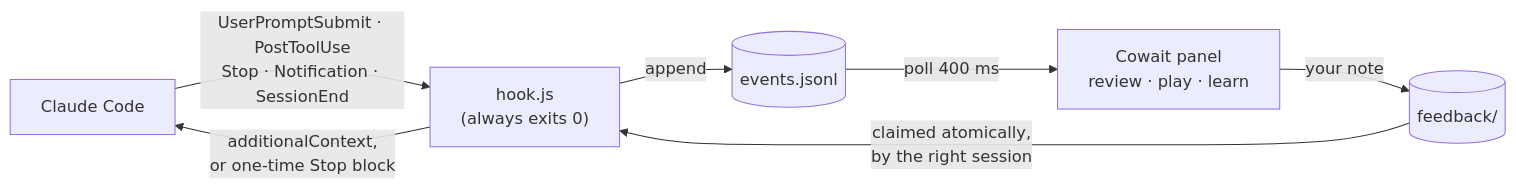
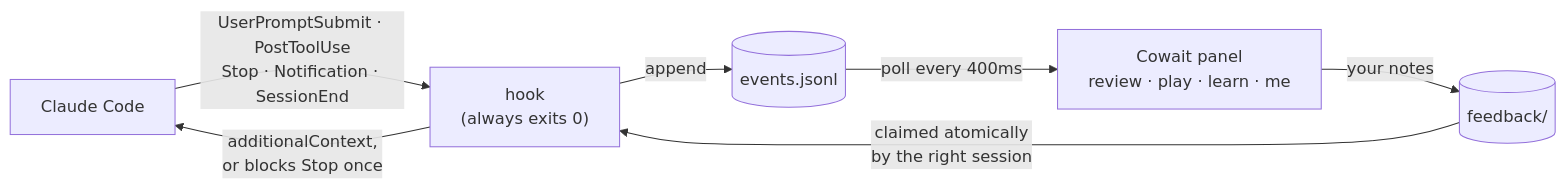
One commit to JaspinXu/Cowait changed the diagram in README.md. Above: the diagram before and after it, drawn with Mermaid. The commit also changed other lines of this file and 38 other files, not shown here.

````diff
--- a/README.md
+++ b/README.md
@@ -128,9 +210,9 @@
 ```mermaid
 flowchart LR
-    CC["Claude Code"] -- "UserPromptSubmit · PostToolUse<br/>Stop · Notification · SessionEnd" --> H["hook.js<br/>(always exits 0)"]
+    CC["Claude Code"] -- "UserPromptSubmit · PostToolUse<br/>Stop · Notification · SessionEnd" --> H["hook<br/>(always exits 0)"]
     H -- append --> L[("events.jsonl")]
-    L -- "poll 400 ms" --> P["Cowait panel<br/>review · play · learn"]
-    P -- "your note" --> Q[("feedback/")]
-    Q -- "claimed atomically,<br/>by the right session" --> H
-    H -- "additionalContext,<br/>or one-time Stop block" --> CC
+    L -- "poll every 400ms" --> P["Cowait panel<br/>review · play · learn · me"]
+    P -- "your notes" --> Q[("feedback/")]
+    Q -- "claimed atomically<br/>by the right session" --> H
+    H -- "additionalContext,<br/>or blocks Stop once" --> CC
 ```
````
